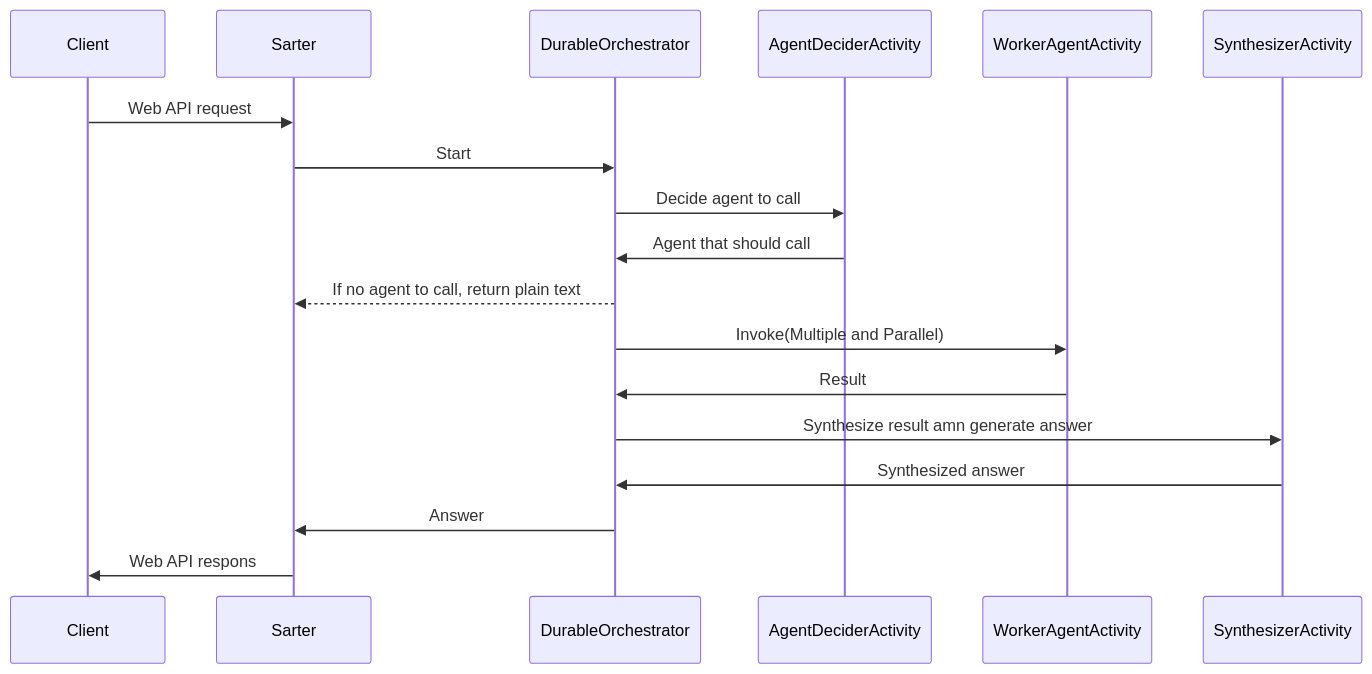
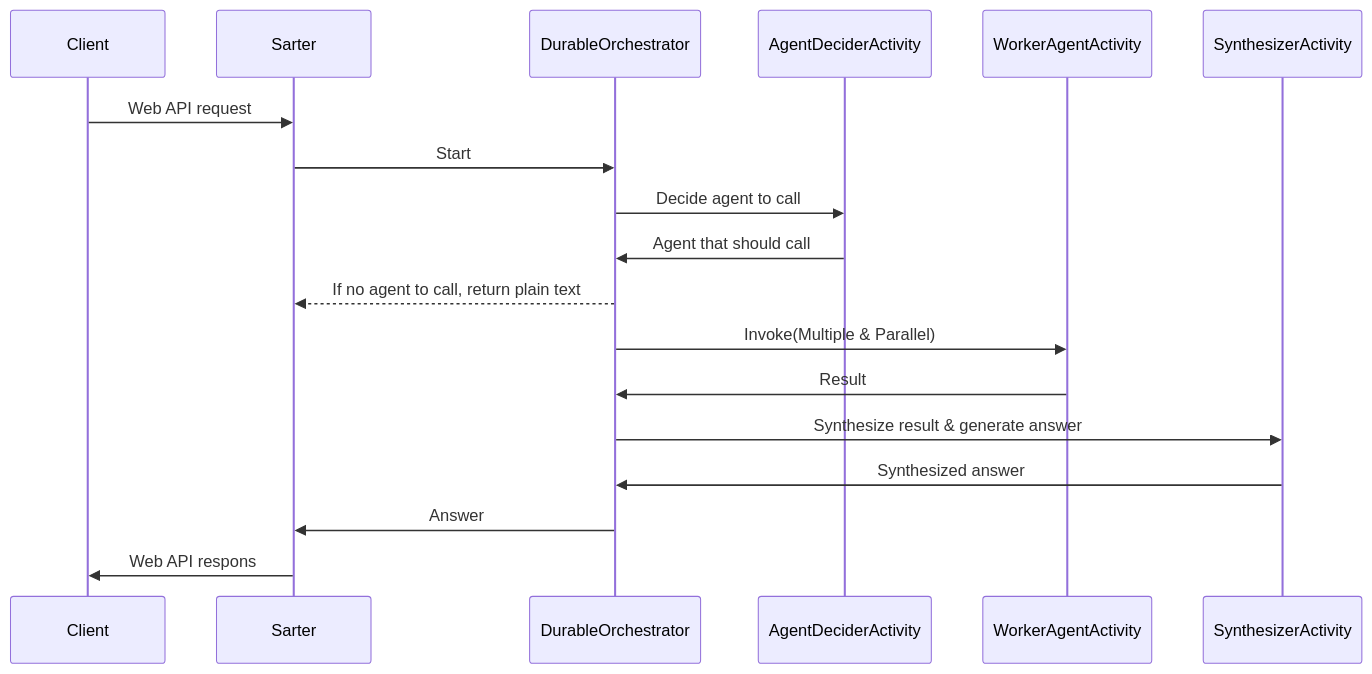
Before and after one commit to 07JP27/DurableMultiAgentTemplate: the diagram in README.md, drawn with Mermaid.

````diff
--- a/README.md
+++ b/README.md
@@ -14,21 +14,21 @@
 ```mermaid
 sequenceDiagram
     participant Client
     participant Sarter
     participant DurableOrchestrator
     participant AgentDeciderActivity
     participant WorkerAgentActivity
     participant SynthesizerActivity
 
     Client->>Sarter: Web API request
     Sarter->>DurableOrchestrator: Start 
     DurableOrchestrator ->> AgentDeciderActivity: Decide agent to call
     AgentDeciderActivity ->> DurableOrchestrator: Agent that should call
     DurableOrchestrator -->> Sarter: If no agent to call, return plain text
-    DurableOrchestrator ->> WorkerAgentActivity: Invoke(Multiple and Parallel)
+    DurableOrchestrator ->> WorkerAgentActivity: Invoke(Multiple & Parallel)
     WorkerAgentActivity ->> DurableOrchestrator: Result
-    DurableOrchestrator ->> SynthesizerActivity: Synthesize result amn generate answer
+    DurableOrchestrator ->> SynthesizerActivity: Synthesize result & generate answer
     SynthesizerActivity ->> DurableOrchestrator: Synthesized answer
     DurableOrchestrator ->> Sarter: Answer
     Sarter ->> Client: Web API respons
 ```
````
